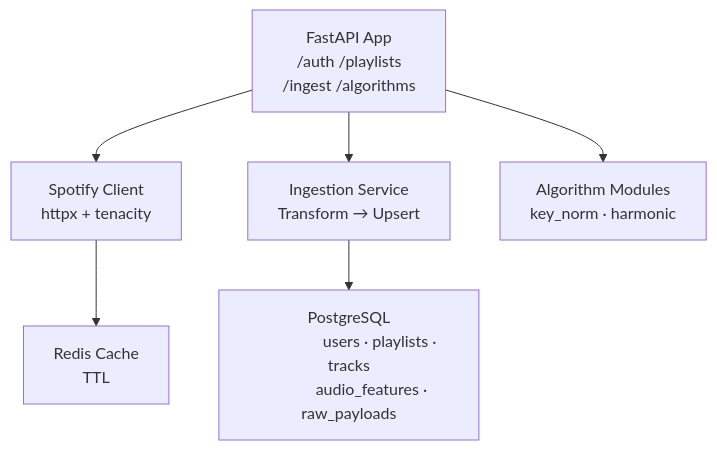
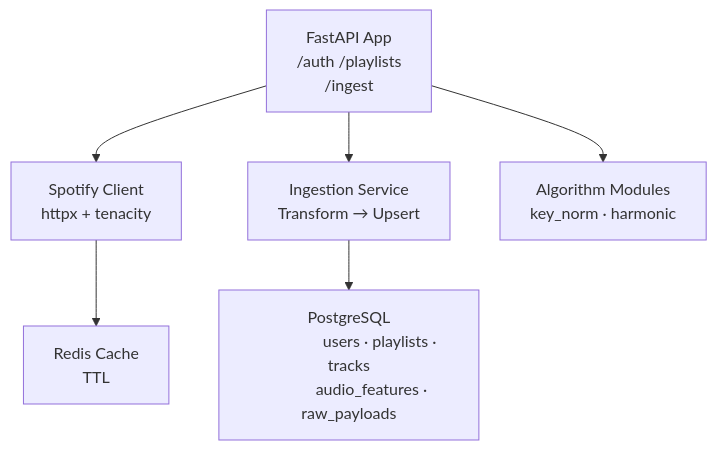
One commit to Seffffff/tunescope changed the diagram in README.md. Above: the diagram before and after it, drawn with Mermaid. The commit also changed other lines of this file and 29 other files, not shown here.

````diff
--- a/README.md
+++ b/README.md
@@ -9,19 +13,19 @@
 ```mermaid
 flowchart TD
     App["FastAPI App
         /auth  /playlists
-        /ingest  /algorithms"]
+        /ingest"]
 
     App --> SC["Spotify Client 
                 httpx + tenacity"]
     App --> IS["Ingestion Service 
                 Transform → Upsert"]
     App --> AM["Algorithm Modules 
                 key_norm · harmonic"]
 
     SC --> Redis["Redis Cache
                     TTL"]
     IS --> PG["PostgreSQL
                 users · playlists · tracks
             audio_features · raw_payloads"]
 ```
````
